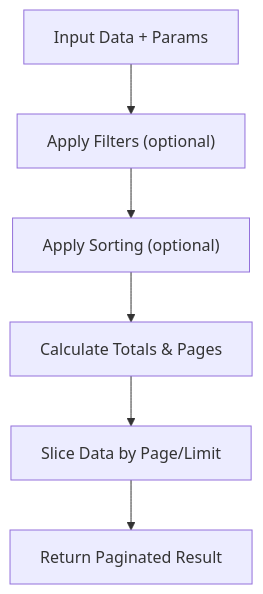
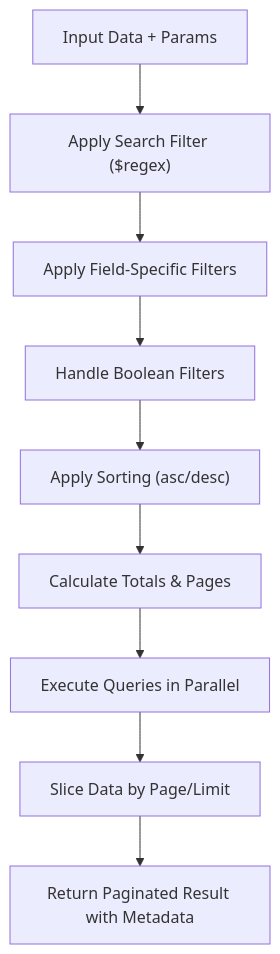
Before and after one commit to Aryan9060/Timetable-Project: the sixth of 12 diagrams in .qoder/repowiki/en/content/Backend Architecture/New Services & Utilities.md, drawn with Mermaid. The commit also changed other lines of this file and 2 other files, not shown here.

````diff
--- a/.qoder/repowiki/en/content/Backend Architecture/New Services & Utilities.md
+++ b/.qoder/repowiki/en/content/Backend Architecture/New Services & Utilities.md
@@ -253,8 +285,11 @@
 ```mermaid
 flowchart TD
-Input["Input Data + Params"] --> Filter["Apply Filters (optional)"]
-Filter --> Sort["Apply Sorting (optional)"]
+Input["Input Data + Params"] --> Search["Apply Search Filter ($regex)"]
+Search --> FieldFilters["Apply Field-Specific Filters"]
+FieldFilters --> BooleanFilters["Handle Boolean Filters"]
+BooleanFilters --> Sort["Apply Sorting (asc/desc)"]
 Sort --> Calc["Calculate Totals & Pages"]
-Calc --> Slice["Slice Data by Page/Limit"]
-Slice --> Output["Return Paginated Result"]
+Calc --> Parallel["Execute Queries in Parallel"]
+Parallel --> Slice["Slice Data by Page/Limit"]
+Slice --> Output["Return Paginated Result with Metadata"]
 ```
````
